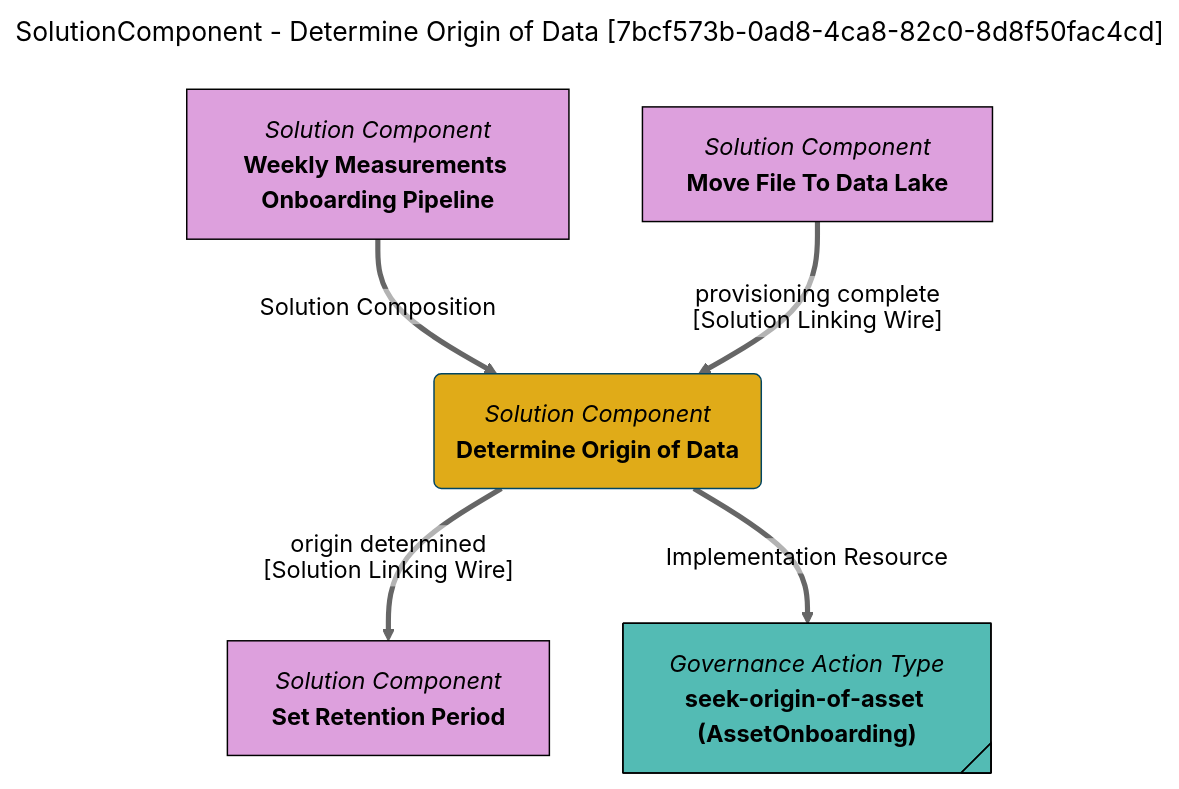
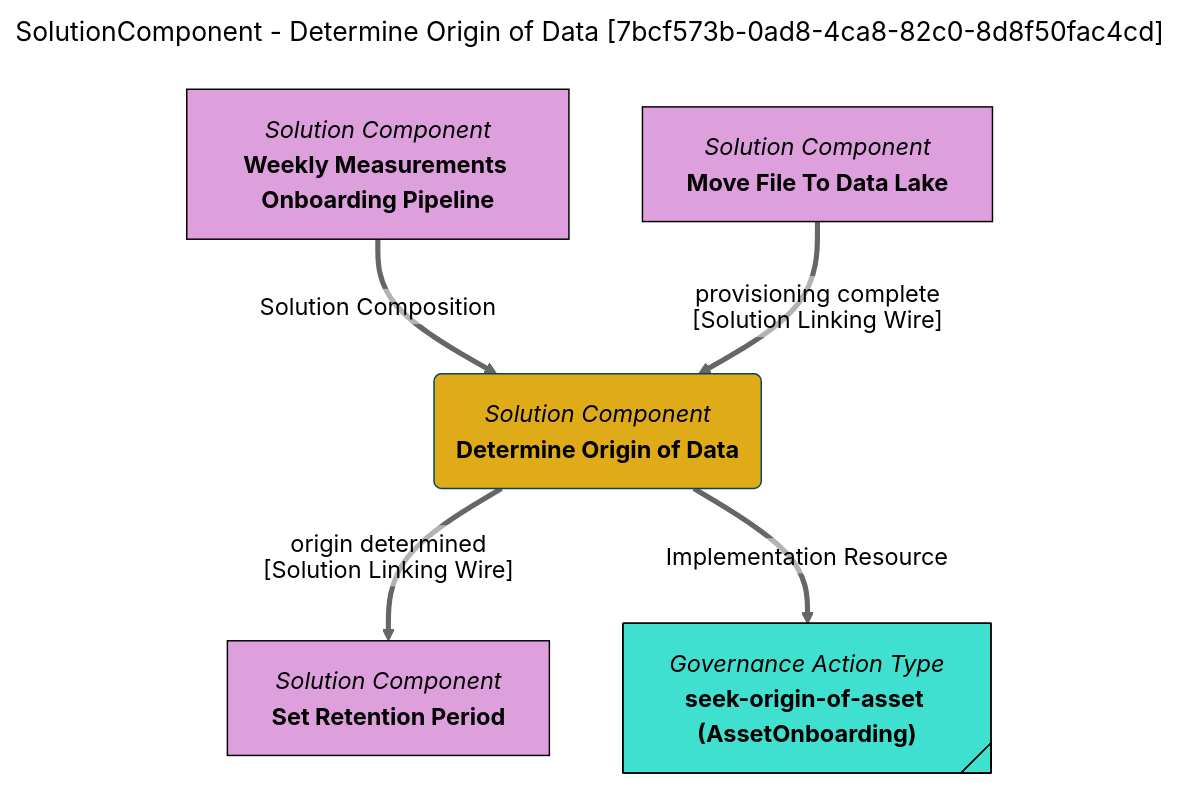
Before and after one commit to odpi/egeria-docs: the diagram in site/snippets/blueprints/components/determine-origin-of-data-mermaid-graph.md, drawn with Mermaid (neutral theme). The commit also changed 2201 other files, not shown here.

````diff
--- a/site/snippets/blueprints/components/determine-origin-of-data-mermaid-graph.md
+++ b/site/snippets/blueprints/components/determine-origin-of-data-mermaid-graph.md
@@ -1,27 +1,27 @@
 ```mermaid
 ---
 title: SolutionComponent - Determine Origin of Data [7bcf573b-0ad8-4ca8-82c0-8d8f50fac4cd]
 ---
 flowchart TD
 %%{init: {"flowchart": {"htmlLabels": false}} }%%
 
 1@{ shape: rounded, label: "*Solution Component*
 **Determine Origin of Data**"}
 2@{ shape: rect, label: "*Solution Component*
 **Weekly Measurements Onboarding Pipeline**"}
 2==>|"Solution Composition"|1
 3@{ shape: rect, label: "*Solution Component*
 **Set Retention Period**"}
 1==>|"origin determined [Solution Linking Wire]"|3
 4@{ shape: rect, label: "*Solution Component*
 **Move File To Data Lake**"}
 4==>|"provisioning complete [Solution Linking Wire]"|1
 5@{ shape: tag-rect, label: "*Governance Action Type*
 **seek-origin-of-asset (AssetOnboarding)**"}
 1==>|"Implementation Resource"|5
 style 1 color:#000000, fill:#e0ab18, stroke:#004563
-style 2 color:#000000, fill:#dda0dd, stroke:#000000
-style 3 color:#000000, fill:#dda0dd, stroke:#000000
-style 4 color:#000000, fill:#dda0dd, stroke:#000000
-style 5 color:#000000, fill:#53bbb4, stroke:#000000
+style 2 color:#000000, fill:#DDA0DD, stroke:#000000
+style 3 color:#000000, fill:#DDA0DD, stroke:#000000
+style 4 color:#000000, fill:#DDA0DD, stroke:#000000
+style 5 color:#000000, fill:#40E0D0, stroke:#000000
 ```
````
